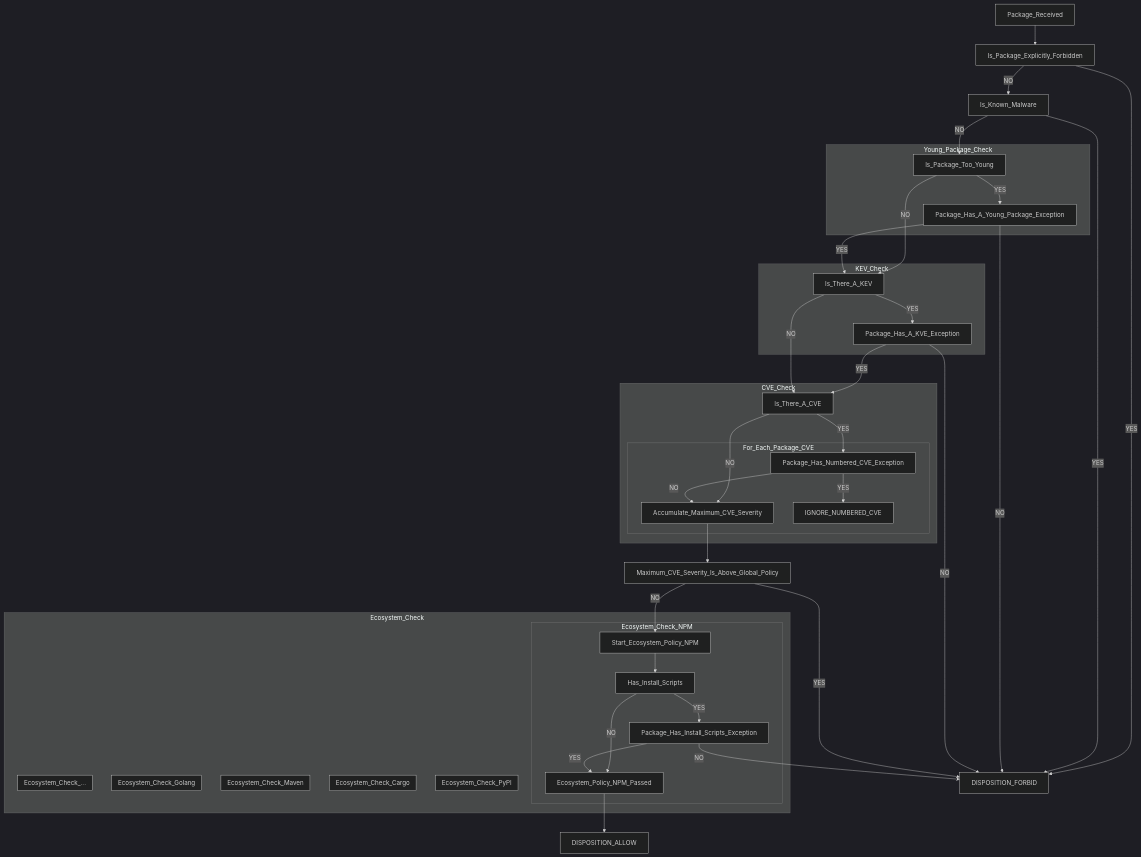
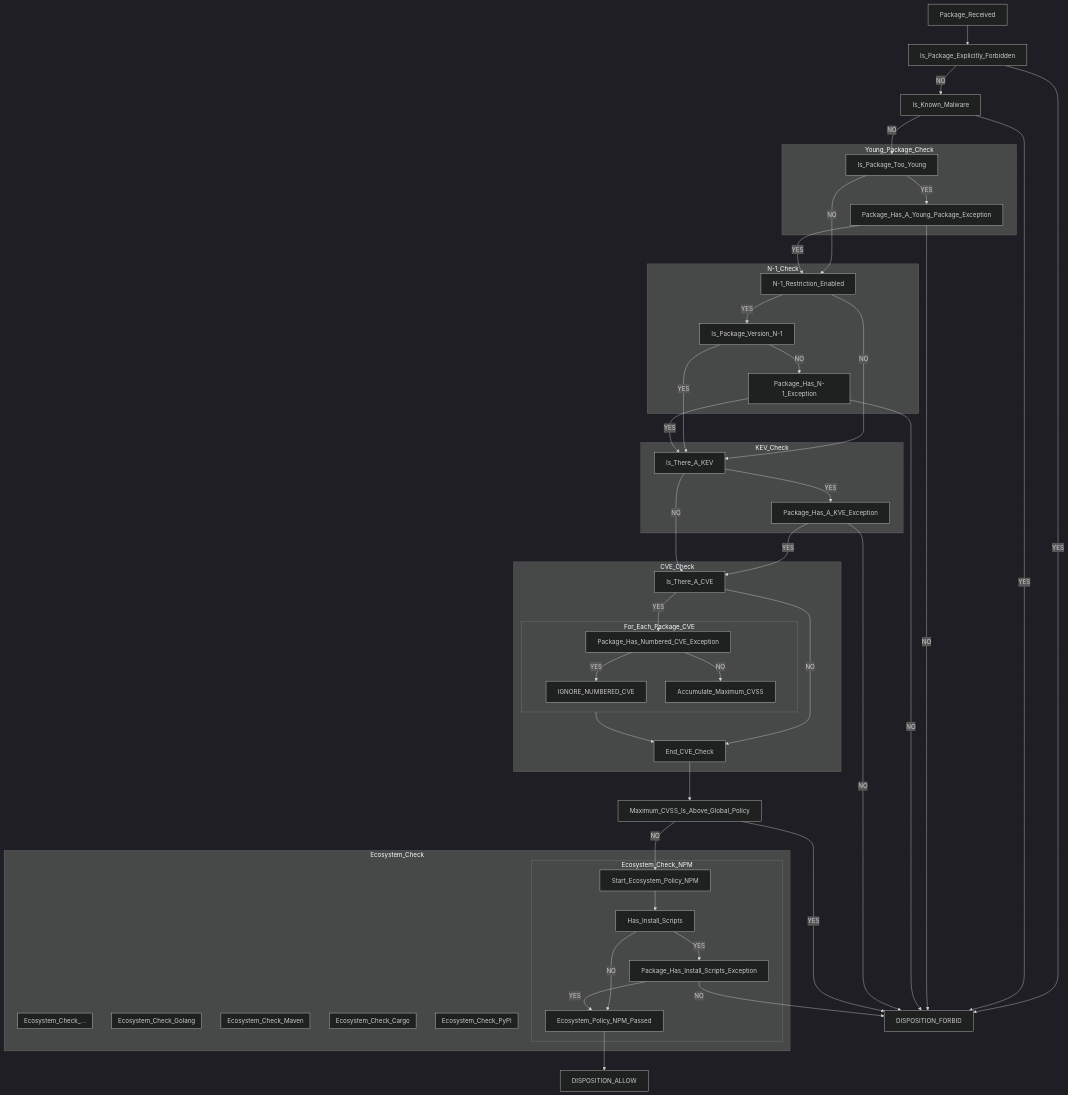
One commit to krishardy/byrle changed the diagram in docs/engineering_decisions/policy-tier-resolution.md. Above: the diagram before and after it, drawn with Mermaid (dark theme). The commit also changed other lines of this file, not shown here.

Commit message:
Summarized document and updated flow chart. Document needs rewriting

```diff
--- a/docs/engineering_decisions/policy-tier-resolution.md
+++ b/docs/engineering_decisions/policy-tier-resolution.md
@@ -18,7 +16,6 @@
 Is_Package_Explicitly_Forbidden
 Is_Known_Malware
 Package_Has_A_KVE_Exception
-Accumulate_Maximum_CVE_Severity
 DISPOSITION_FORBID
 DISPOSITION_ALLOW
 IGNORE_NUMBERED_CVE
@@ -26,6 +23,12 @@
 subgraph Young_Package_Check
   Is_Package_Too_Young
   Package_Has_A_Young_Package_Exception
+end
+
+subgraph N-1_Check
+  N-1_Restriction_Enabled
+  Is_Package_Version_N-1
+  Package_Has_N-1_Exception
 end
 
 subgraph KEV_Check
@@ -37,9 +40,11 @@
   Is_There_A_CVE
   subgraph For_Each_Package_CVE
     Package_Has_Numbered_CVE_Exception
-    Accumulate_Maximum_CVE_Severity
+    Accumulate_Maximum_CVSS
+    Package_Has_Numbered_CVE_Exception
     IGNORE_NUMBERED_CVE
   end
+  End_CVE_Check
 end
 
 subgraph Ecosystem_Check
@@ -70,10 +75,16 @@
 Is_Known_Malware --NO--> Is_Package_Too_Young
 
 Is_Package_Too_Young --YES--> Package_Has_A_Young_Package_Exception
-Is_Package_Too_Young --NO--> Is_There_A_KEV
+Is_Package_Too_Young --NO--> N-1_Restriction_Enabled
+Package_Has_A_Young_Package_Exception --YES--> N-1_Restriction_Enabled
+Package_Has_A_Young_Package_Exception --NO--> DISPOSITION_FORBID
 
-Package_Has_A_Young_Package_Exception --YES--> Is_There_A_KEV
-Package_Has_A_Young_Package_Exception --NO--> DISPOSITION_FORBID
+N-1_Restriction_Enabled --YES--> Is_Package_Version_N-1
+N-1_Restriction_Enabled --NO--> Is_There_A_KEV
+Is_Package_Version_N-1 --YES--> Is_There_A_KEV
+Is_Package_Version_N-1 --NO--> Package_Has_N-1_Exception
+Package_Has_N-1_Exception --NO--> DISPOSITION_FORBID
+Package_Has_N-1_Exception --YES--> Is_There_A_KEV
 
 Is_There_A_KEV --YES--> Package_Has_A_KVE_Exception
 Package_Has_A_KVE_Exception --YES--> Is_There_A_CVE
@@ -81,13 +92,14 @@
 Is_There_A_KEV --NO--> Is_There_A_CVE
 
 Is_There_A_CVE --YES--> Package_Has_Numbered_CVE_Exception
-Is_There_A_CVE --NO--> Accumulate_Maximum_CVE_Severity
+Is_There_A_CVE --NO--> End_CVE_Check
 
-Package_Has_Numbered_CVE_Exception --NO--> Accumulate_Maximum_CVE_Severity
+Package_Has_Numbered_CVE_Exception --NO--> Accumulate_Maximum_CVSS
 Package_Has_Numbered_CVE_Exception --YES--> IGNORE_NUMBERED_CVE
-Accumulate_Maximum_CVE_Severity --> Maximum_CVE_Severity_Is_Above_Global_Policy
-Maximum_CVE_Severity_Is_Above_Global_Policy --YES--> DISPOSITION_FORBID
-Maximum_CVE_Severity_Is_Above_Global_Policy --NO--> Start_Ecosystem_Policy_NPM
+For_Each_Package_CVE --> End_CVE_Check
+End_CVE_Check --> Maximum_CVSS_Is_Above_Global_Policy
+Maximum_CVSS_Is_Above_Global_Policy --YES--> DISPOSITION_FORBID
+Maximum_CVSS_Is_Above_Global_Policy --NO--> Start_Ecosystem_Policy_NPM
 
 Start_Ecosystem_Policy_NPM --> Has_Install_Scripts
 Has_Install_Scripts --NO--> Ecosystem_Policy_NPM_Passed
```
